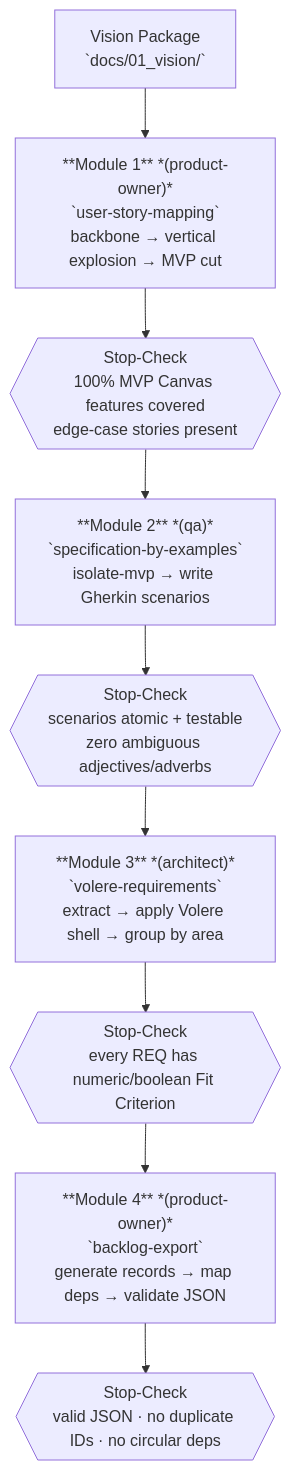
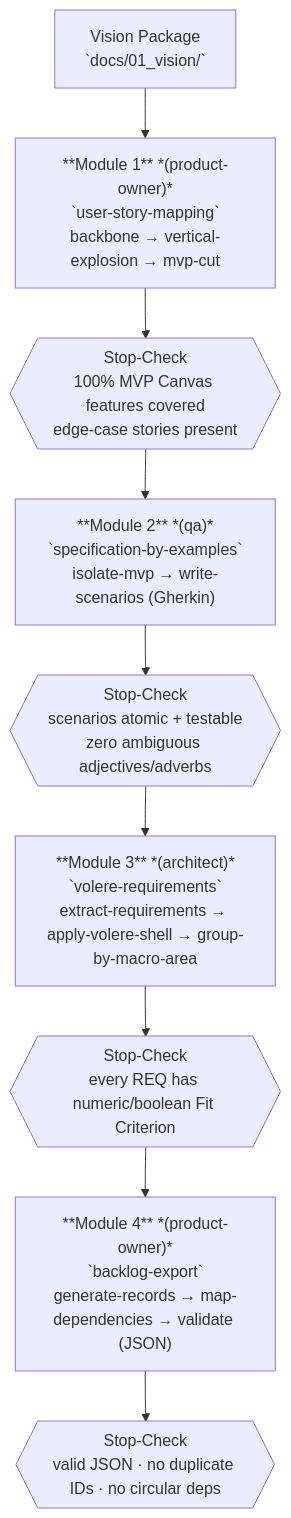
The third of 23 diagrams in .wingfoil/WORKFLOW.md (robypomper/wingfoil), drawn with Mermaid before and after one commit. The commit also changed other lines of this file and 1 other file, not shown here.

Commit message:
fix(workflow): task-148 — WORKFLOW.md draws release-cycle's seven phases, release-planning's eight, user-docs and e2e-smoke; align-agent-docs produces WORKFLOW.md, user-docs 1.2 (bug-170)

````diff
--- a/.wingfoil/WORKFLOW.md
+++ b/.wingfoil/WORKFLOW.md
@@ -60,18 +60,18 @@
 ```mermaid
 flowchart TD
     VP["Vision Package\n`docs/01_vision/`"]
 
-    M1["**Module 1** *(product-owner)*\n`user-story-mapping`\nbackbone → vertical explosion → MVP cut"]
+    M1["**Module 1** *(product-owner)*\n`user-story-mapping`\nbackbone → vertical-explosion → mvp-cut"]
     SC1{{"Stop-Check\n100% MVP Canvas features covered\nedge-case stories present"}}
 
-    M2["**Module 2** *(qa)*\n`specification-by-examples`\nisolate-mvp → write Gherkin scenarios"]
+    M2["**Module 2** *(qa)*\n`specification-by-examples`\nisolate-mvp → write-scenarios (Gherkin)"]
     SC2{{"Stop-Check\nscenarios atomic + testable\nzero ambiguous adjectives/adverbs"}}
 
-    M3["**Module 3** *(architect)*\n`volere-requirements`\nextract → apply Volere shell → group by area"]
+    M3["**Module 3** *(architect)*\n`volere-requirements`\nextract-requirements → apply-volere-shell → group-by-macro-area"]
     SC3{{"Stop-Check\nevery REQ has numeric/boolean Fit Criterion"}}
 
-    M4["**Module 4** *(product-owner)*\n`backlog-export`\ngenerate records → map deps → validate JSON"]
+    M4["**Module 4** *(product-owner)*\n`backlog-export`\ngenerate-records → map-dependencies → validate (JSON)"]
     SC4{{"Stop-Check\nvalid JSON · no duplicate IDs · no circular deps"}}
 
     VP --> M1 --> SC1 --> M2 --> SC2 --> M3 --> SC3 --> M4 --> SC4
 ```
````
